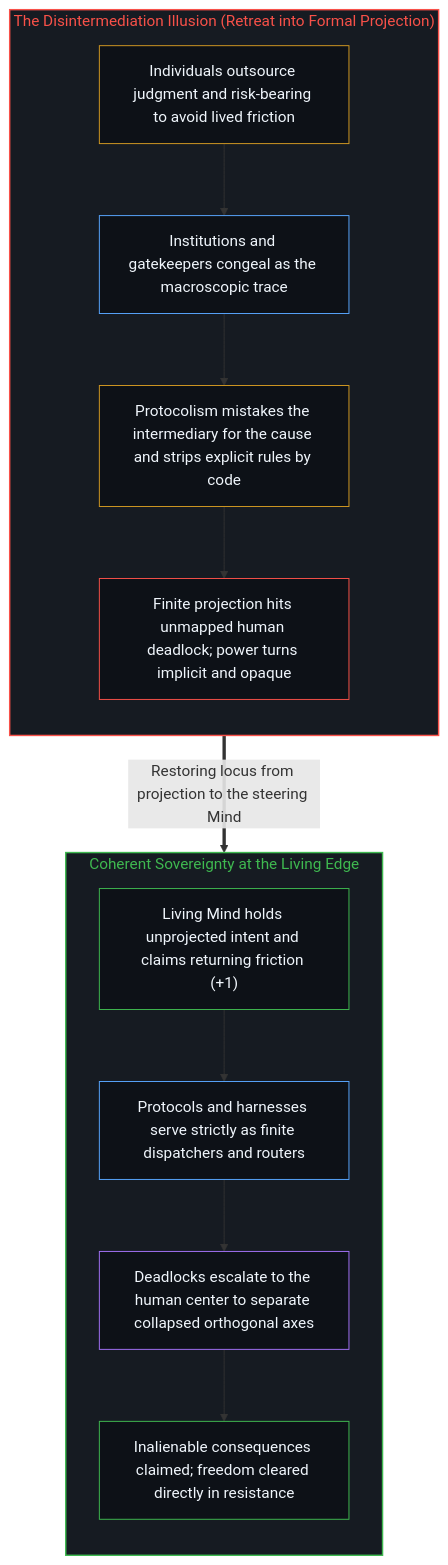
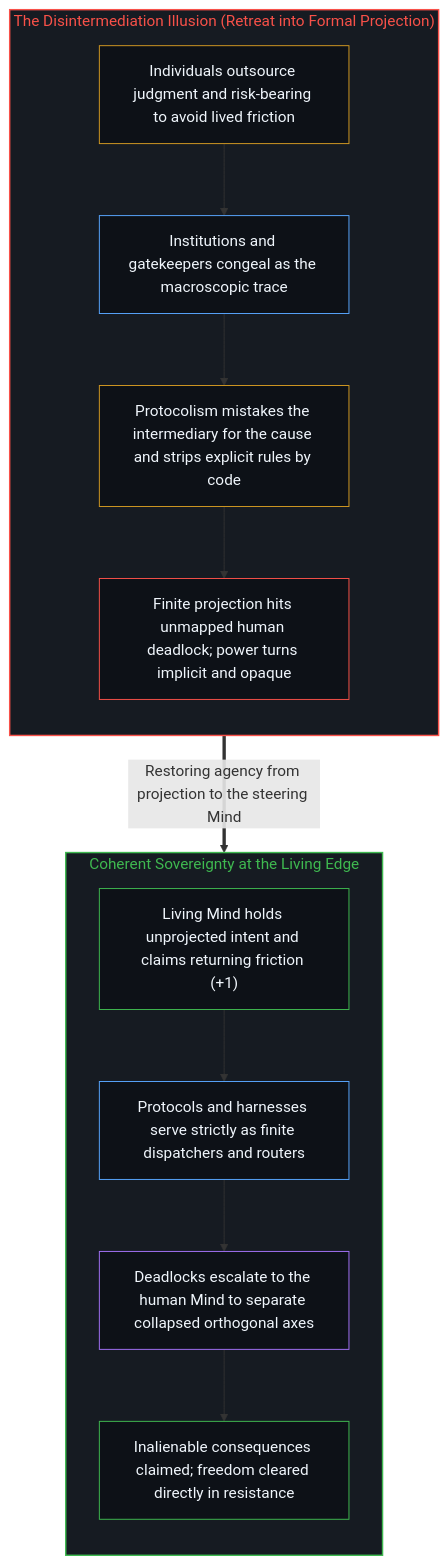
The second of 2 diagrams in content/posts/the-illusion-of-the-unmediated.md (powerpig99/not-a-toe), drawn with Mermaid before and after one commit. The commit also changed other lines of this file and 8 other files, not shown here.

````diff
--- a/content/posts/the-illusion-of-the-unmediated.md
+++ b/content/posts/the-illusion-of-the-unmediated.md
@@ -77,33 +74,30 @@
 ```mermaid
 flowchart TD
     subgraph S_Illusion["The Disintermediation Illusion (Retreat into Formal Projection)"]
         direction TB
         I_Out["Individuals outsource judgment and risk-bearing to avoid lived friction"]
         I_Inst["Institutions and gatekeepers congeal as the macroscopic trace"]
         I_Proto["Protocolism mistakes the intermediary for the cause and strips explicit rules by code"]
         I_Dead["Finite projection hits unmapped human deadlock; power turns implicit and opaque"]
         I_Out --> I_Inst --> I_Proto --> I_Dead
     end
-
     subgraph S_Sovereign["Coherent Sovereignty at the Living Edge"]
         direction TB
         S_Edge["Living Mind holds unprojected intent and claims returning friction (+1)"]
         S_Disp["Protocols and harnesses serve strictly as finite dispatchers and routers"]
-        S_Step["Deadlocks escalate to the human center to separate collapsed orthogonal axes"]
+        S_Step["Deadlocks escalate to the human Mind to separate collapsed orthogonal axes"]
         S_Clear["Inalienable consequences claimed; freedom cleared directly in resistance"]
         S_Edge --> S_Disp --> S_Step --> S_Clear
     end
-
-    I_Dead ==>|"Restoring locus from projection to the steering Mind"| S_Edge
-
+    I_Dead ==>|"Restoring agency from projection to the steering Mind"| S_Edge
     style S_Illusion fill:#161b22,stroke:#f85149,stroke-width:1.5px,color:#f85149
     style S_Sovereign fill:#161b22,stroke:#3fb950,stroke-width:1.5px,color:#3fb950
     style I_Out fill:#0d1117,stroke:#d29922,stroke-width:1px,color:#f0f6fc
     style I_Inst fill:#0d1117,stroke:#58a6ff,stroke-width:1px,color:#f0f6fc
     style I_Proto fill:#0d1117,stroke:#d29922,stroke-width:1px,color:#f0f6fc
     style I_Dead fill:#0d1117,stroke:#f85149,stroke-width:1px,color:#f0f6fc
     style S_Edge fill:#0d1117,stroke:#3fb950,stroke-width:1px,color:#f0f6fc
     style S_Disp fill:#0d1117,stroke:#58a6ff,stroke-width:1px,color:#f0f6fc
     style S_Step fill:#0d1117,stroke:#a371f7,stroke-width:1px,color:#f0f6fc
     style S_Clear fill:#0d1117,stroke:#3fb950,stroke-width:1px,color:#f0f6fc
 ```
````
